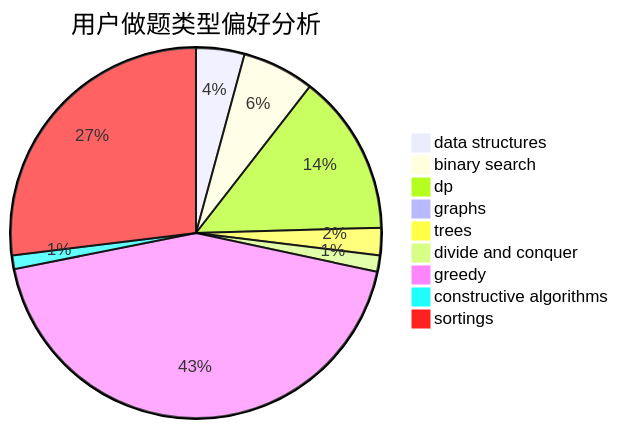
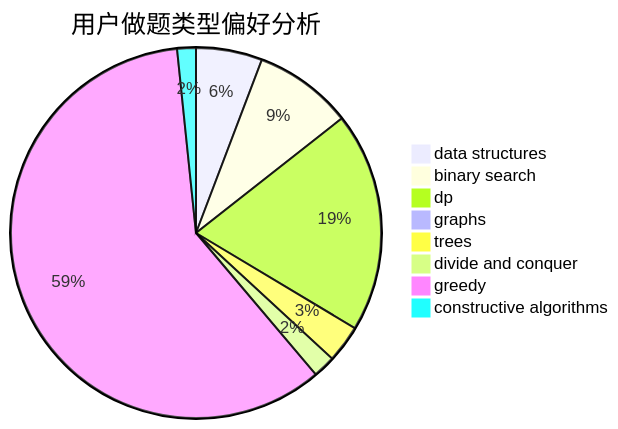
One commit to sherpahu/cfrs.github.io changed the second of 3 diagrams in docs/user/u665.md. Above: the diagram before and after it, drawn with Mermaid. The commit also changed other lines of this file and 2769 other files, not shown here.

````diff
--- a/docs/user/u665.md
+++ b/docs/user/u665.md
@@ -18,12 +18,11 @@
 ```mermaid
 pie title 用户做题类型偏好分析
     "data structures" :  53
     "binary search" :  79
     "dp" :  176
     "graphs" :  2
     "trees" :  30
     "divide and conquer" :  18
     "greedy" :  546
     "constructive algorithms" :  15
-    "sortings" :  338
 ```
````
